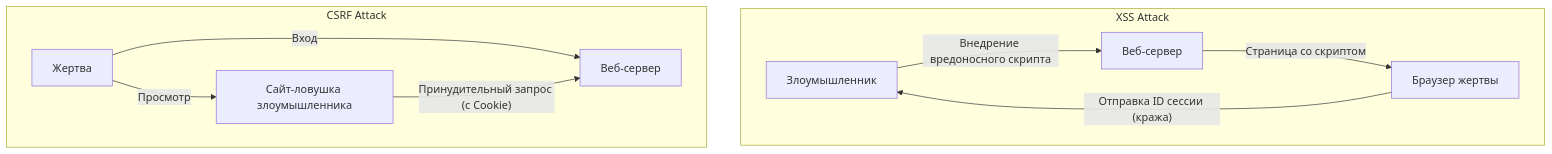
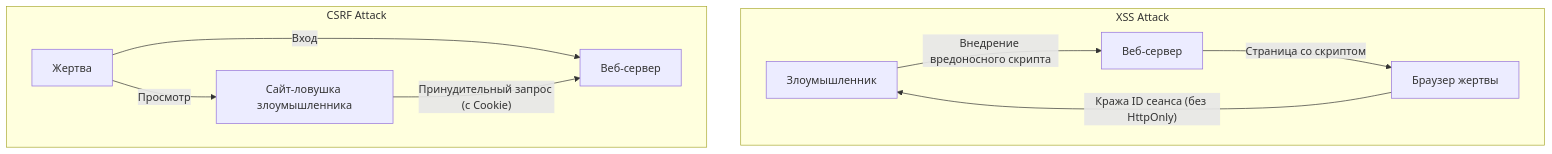
The diagram in content/post/cross-site-scripting-xss-csrf-security/index.ru.md (kenjinote/blog), drawn with Mermaid before and after one commit. The commit also changed other lines of this file and 21 other files, not shown here.

````diff
--- a/content/post/cross-site-scripting-xss-csrf-security/index.ru.md
+++ b/content/post/cross-site-scripting-xss-csrf-security/index.ru.md
@@ -134,14 +137,14 @@
 ```mermaid
 graph TD
     subgraph XSS Attack
         A["Злоумышленник"] -- "Внедрение вредоносного скрипта" --> B["Веб-сервер"]
         B -- "Страница со скриптом" --> C["Браузер жертвы"]
-        C -- "Отправка ID сессии (кража)" --> A
+        C -- "Кража ID сеанса (без HttpOnly)" --> A
     end
 
     subgraph CSRF Attack
         D["Жертва"] -- "Вход" --> E["Веб-сервер"]
         D -- "Просмотр" --> F["Сайт-ловушка злоумышленника"]
         F -- "Принудительный запрос (с Cookie)" --> E
     end
 ```
````
